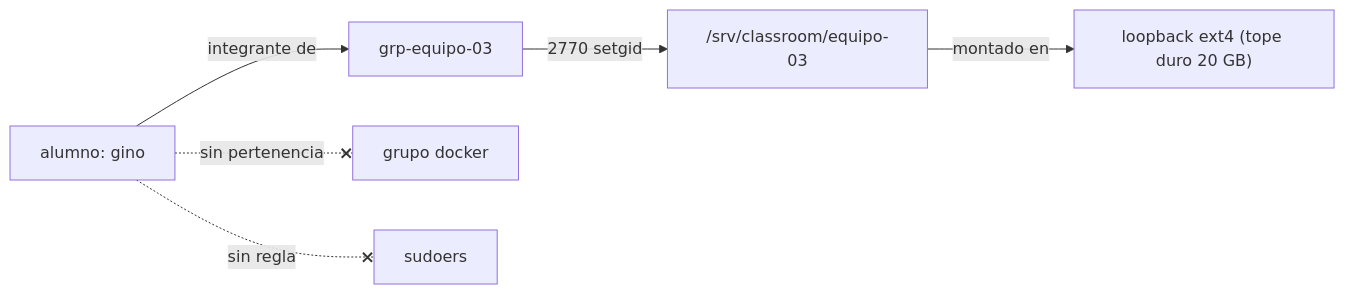
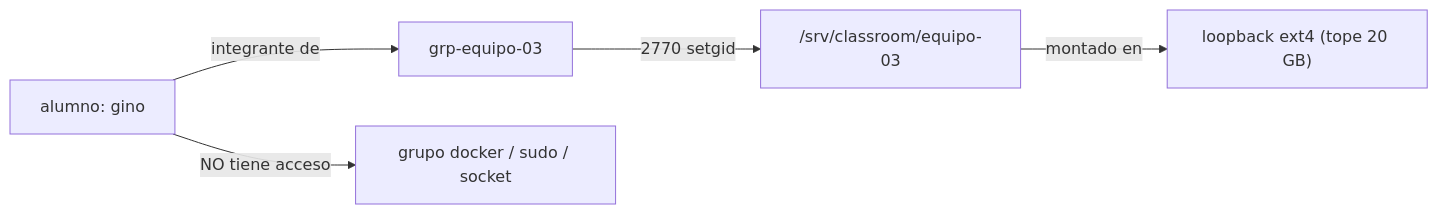
The second of 3 diagrams in docs/classroom-architecture.md (resourceldg/homelab), drawn with Mermaid before and after one commit. The commit also changed other lines of this file and 1 other file, not shown here.

First line of the commit message:
docs: beginner-friendly student guide + fix broken Mermaid diagrams (#12)

````diff
--- a/docs/classroom-architecture.md
+++ b/docs/classroom-architecture.md
@@ -86,8 +83,7 @@
 ```mermaid
 flowchart LR
-  u[alumno: gino] -->|integrante de| g[grp-equipo-03]
-  g -->|2770 setgid| d["/srv/classroom/equipo-03"]
-  d -->|montado en| lo["loopback ext4 (tope duro 20 GB)"]
-  u -. sin pertenencia .-x docker[grupo docker]
-  u -. sin regla .-x sudo[sudoers]
+  u["alumno: gino"] -->|integrante de| g["grp-equipo-03"]
+  g -->|"2770 setgid"| d["/srv/classroom/equipo-03"]
+  d -->|montado en| lo["loopback ext4 (tope 20 GB)"]
+  u -->|NO tiene acceso| x["grupo docker / sudo / socket"]
 ```
````
